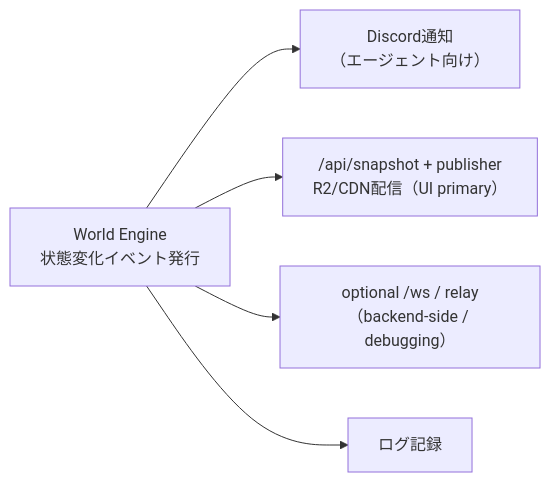
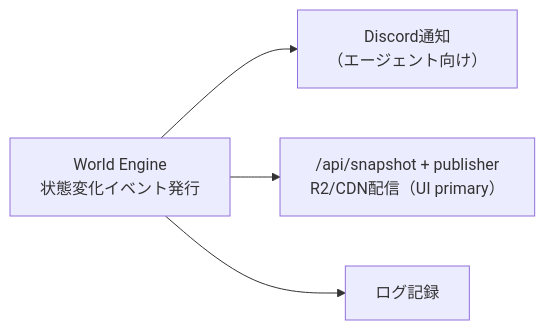
One commit to KarakuriAgent/karakuri-world changed the sixth of 6 diagrams in docs/design/world-system.md. Above: the diagram before and after it, drawn with Mermaid. The commit also changed other lines of this file and 81 other files, not shown here.

````diff
--- a/docs/design/world-system.md
+++ b/docs/design/world-system.md
@@ -286,7 +286,6 @@
 ```mermaid
 graph LR
     WE["World Engine<br/>状態変化イベント発行"] --> DC["Discord通知<br/>（エージェント向け）"]
     WE --> SNAP["/api/snapshot + publisher<br/>R2/CDN配信（UI primary）"]
-    WE --> WS["optional /ws / relay<br/>（backend-side / debugging）"]
     WE --> LOG["ログ記録"]
 ```
````
